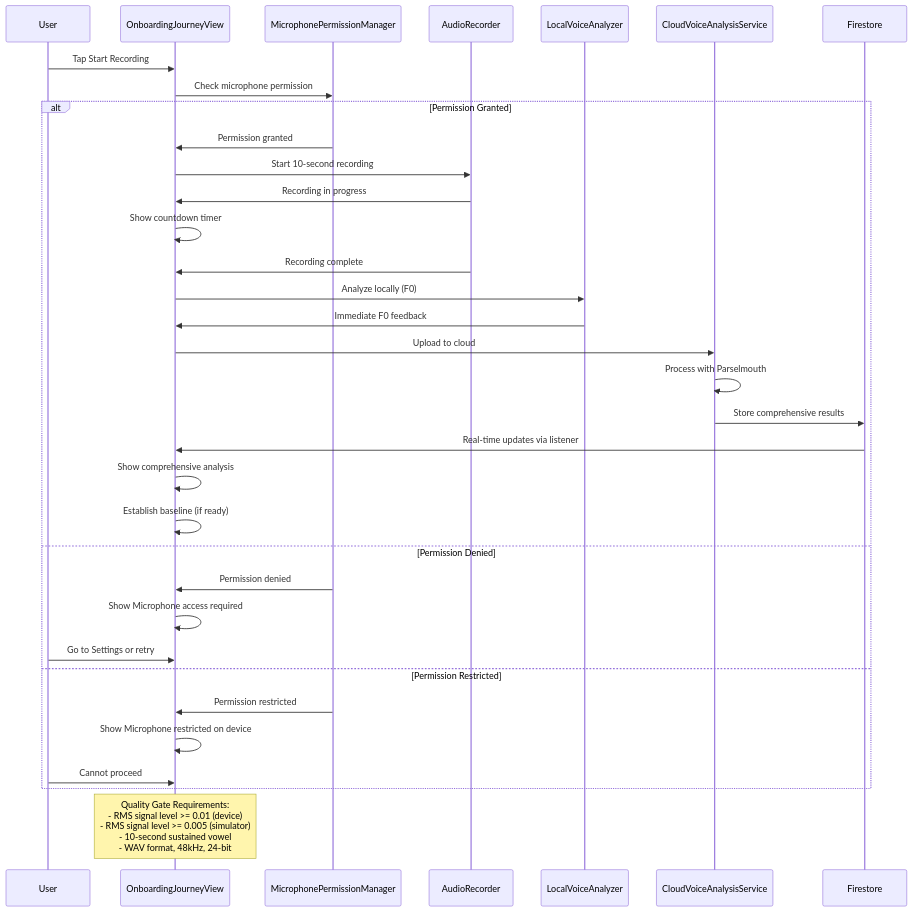
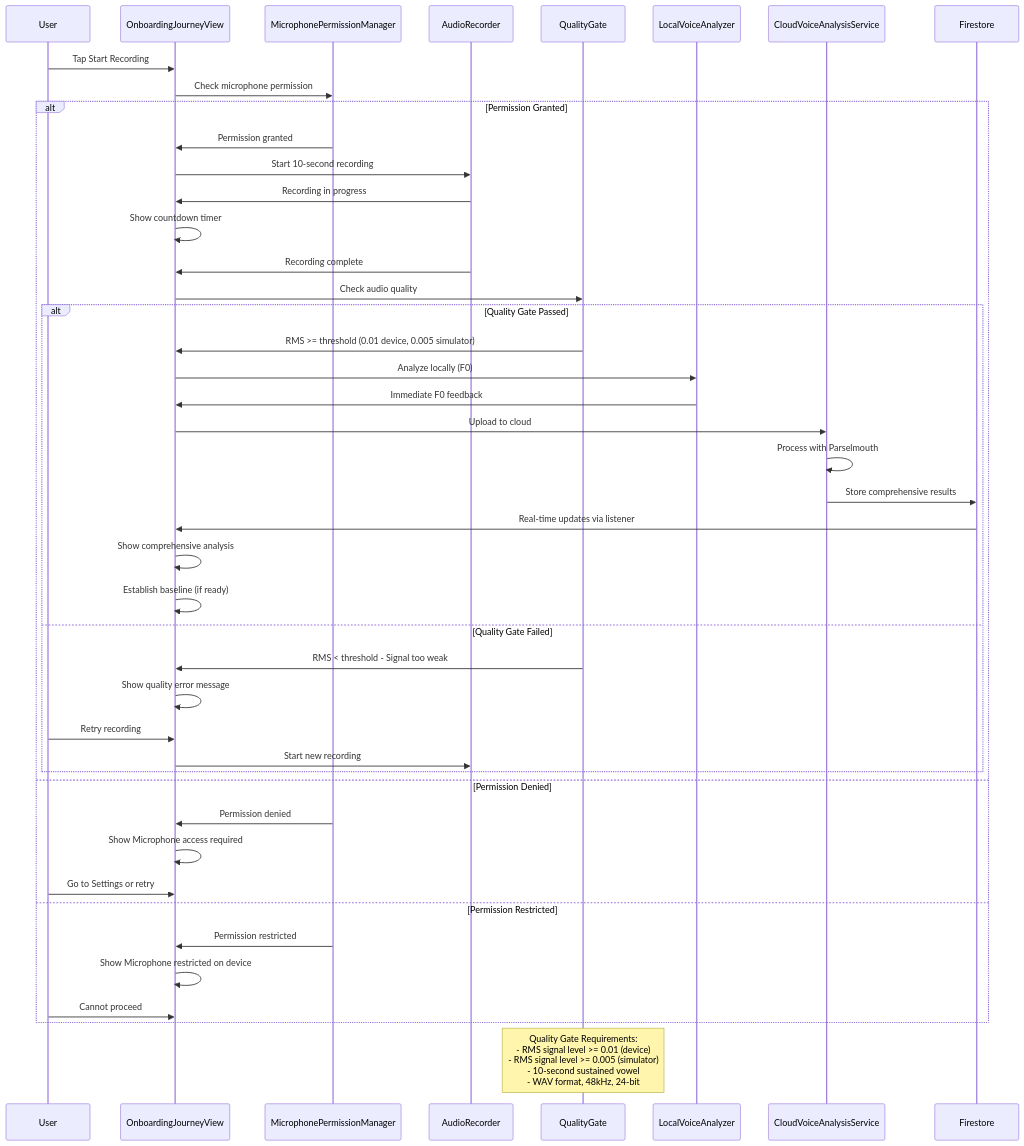
Before and after one commit to PoisonIvory/sage: the fourth of 16 diagrams in USER_JOURNEY.md, drawn with Mermaid. The commit also changed other lines of this file, not shown here.

Commit message:
Restructure voice recording process to clearly show quality gate logic

````diff
--- a/USER_JOURNEY.md
+++ b/USER_JOURNEY.md
@@ -194,42 +194,53 @@
 ```mermaid
 sequenceDiagram
     participant U as User
     participant O as OnboardingJourneyView
     participant M as MicrophonePermissionManager
     participant R as AudioRecorder
+    participant Q as QualityGate
     participant L as LocalVoiceAnalyzer
     participant C as CloudVoiceAnalysisService
     participant F as Firestore
     
     U->>O: Tap Start Recording
     O->>M: Check microphone permission
     
     alt Permission Granted
         M->>O: Permission granted
         O->>R: Start 10-second recording
         R->>O: Recording in progress
         O->>O: Show countdown timer
         
         R->>O: Recording complete
-        O->>L: Analyze locally (F0)
-        L->>O: Immediate F0 feedback
+        O->>Q: Check audio quality
         
-        O->>C: Upload to cloud
-        C->>C: Process with Parselmouth
-        C->>F: Store comprehensive results
-        F->>O: Real-time updates via listener
-        
-        O->>O: Show comprehensive analysis
-        O->>O: Establish baseline (if ready)
+        alt Quality Gate Passed
+            Q->>O: RMS >= threshold (0.01 device, 0.005 simulator)
+            O->>L: Analyze locally (F0)
+            L->>O: Immediate F0 feedback
+            
+            O->>C: Upload to cloud
+            C->>C: Process with Parselmouth
+            C->>F: Store comprehensive results
+            F->>O: Real-time updates via listener
+            
+            O->>O: Show comprehensive analysis
+            O->>O: Establish baseline (if ready)
+        else Quality Gate Failed
+            Q->>O: RMS < threshold - Signal too weak
+            O->>O: Show quality error message
+            U->>O: Retry recording
+            O->>R: Start new recording
+        end
     else Permission Denied
         M->>O: Permission denied
         O->>O: Show Microphone access required
         U->>O: Go to Settings or retry
     else Permission Restricted
         M->>O: Permission restricted
         O->>O: Show Microphone restricted on device
         U->>O: Cannot proceed
     end
     
-    Note over O: Quality Gate Requirements:<br/>- RMS signal level >= 0.01 (device)<br/>- RMS signal level >= 0.005 (simulator)<br/>- 10-second sustained vowel<br/>- WAV format, 48kHz, 24-bit
+    Note over Q: Quality Gate Requirements:<br/>- RMS signal level >= 0.01 (device)<br/>- RMS signal level >= 0.005 (simulator)<br/>- 10-second sustained vowel<br/>- WAV format, 48kHz, 24-bit
 ```
````
